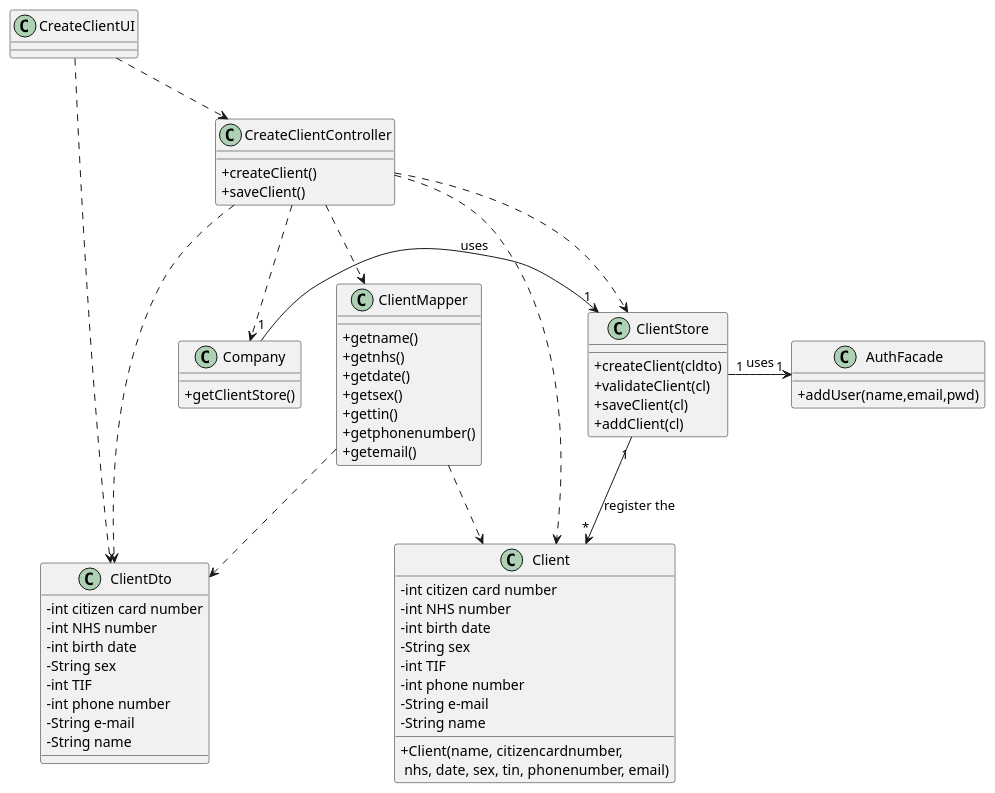
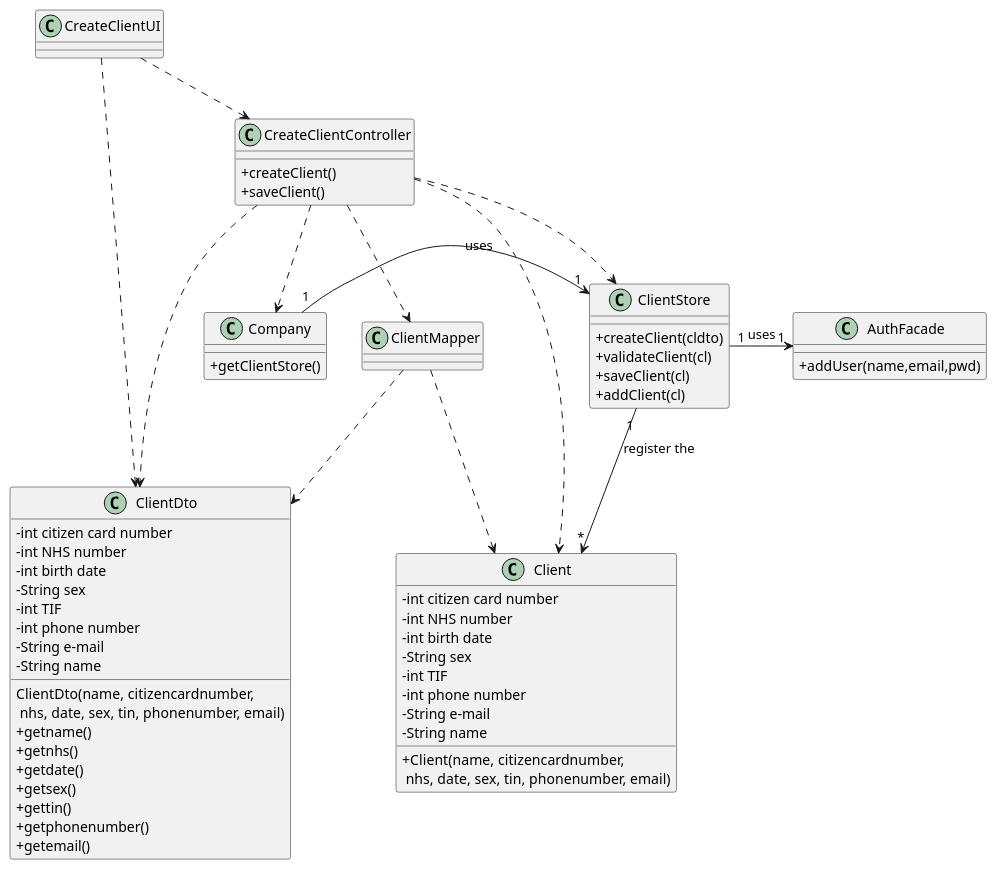
Before and after one commit to manu-07-ela/LAPR2_ISEP: the diagram in docs/SprintB/US03/US3_CD.puml, drawn with PlantUML. The commit also changed 7 other files, not shown here.

Commit message:
US03 - Creation of all Classes needed and Coding of ClientDTO

```diff
--- a/docs/SprintB/US03/US3_CD.puml
+++ b/docs/SprintB/US03/US3_CD.puml
@@ -1,76 +1,81 @@
 @startuml
 skinparam classAttributeIconSize 0
+
+class CreateClientUI {
+
+}
 
 class Client {
   -int citizen card number
   -int NHS number
   -int birth date
   -String sex
   -int TIF
   -int phone number
   -String e-mail
   -String name
   +Client(name, citizencardnumber,\n nhs, date, sex, tin, phonenumber, email)
-}
-
-class Company {
-  +getClientStore()
 }
 
 class ClientStore {
   +createClient(cldto)
   +validateClient(cl)
   +saveClient(cl)
   +addClient(cl)
 }
 
 class ClientDto {
   -int citizen card number
   -int NHS number
   -int birth date
   -String sex
   -int TIF
   -int phone number
   -String e-mail
   -String name
+  ClientDto(name, citizencardnumber,\n nhs, date, sex, tin, phonenumber, email)
+  +getname()
+  +getnhs()
+  +getdate()
+  +getsex()
+  +gettin()
+  +getphonenumber()
+  +getemail()
 }
 
 class ClientMapper {
-+getname()
-+getnhs()
-+getdate()
-+getsex()
-+gettin()
-+getphonenumber()
-+getemail()
+
+}
+
+class Company {
+  +getClientStore()
 }
 
 
 class CreateClientController {
   +createClient()
   +saveClient()
 }
 
 class AuthFacade {
   +addUser(name,email,pwd)
 }
 
-class CreateClientUI {
 
-}
 
 CreateClientUI ..> CreateClientController
 CreateClientUI ..> ClientDto
 CreateClientController ..> Company
 CreateClientController ..> ClientDto
 CreateClientController ..> ClientMapper
 CreateClientController ..> Client
 CreateClientController ..> ClientStore
 ClientMapper ..> ClientDto
 ClientMapper ..> Client
 ClientStore "1" -> "*" Client : register the
 ClientStore "1" -> "1" AuthFacade : uses
 Company "1" -> "1" ClientStore : uses
 
 
+
 @enduml
```
